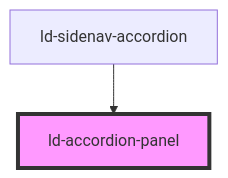
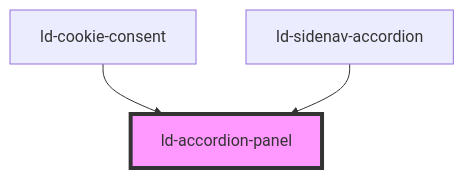
Before and after one commit to emdgroup-liquid/liquid: the diagram in src/liquid/components/ld-accordion/ld-accordion-panel/readme.md, drawn with Mermaid. The commit also changed other lines of this file and 41 other files, not shown here.

Commit message:
feat(ld-cookie-consent): component which helps to comply with privacy regulations

````diff
--- a/src/liquid/components/ld-accordion/ld-accordion-panel/readme.md
+++ b/src/liquid/components/ld-accordion/ld-accordion-panel/readme.md
@@ -50,5 +51,6 @@
 ```mermaid
 graph TD;
+  ld-cookie-consent --> ld-accordion-panel
   ld-sidenav-accordion --> ld-accordion-panel
   style ld-accordion-panel fill:#f9f,stroke:#333,stroke-width:4px
 ```
````
